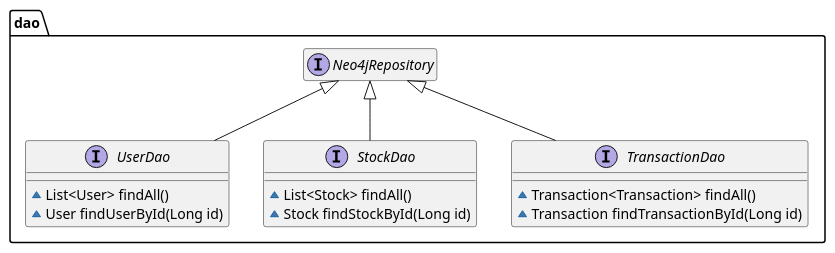
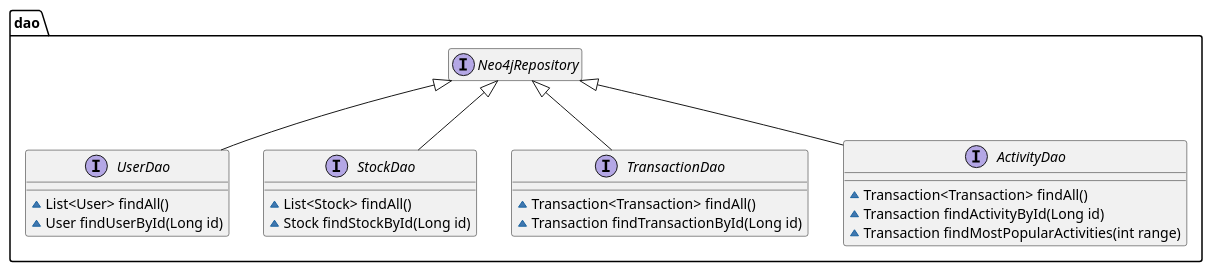
Before and after one commit to DPigeon/Money-Tree: the diagram in backend/diagram/class/DaoPackage.puml, drawn with PlantUML. The commit also changed 2 other files, not shown here.

Commit message:
Isue #63: addition of activity service, dao and controller

```diff
--- a/backend/diagram/class/DaoPackage.puml
+++ b/backend/diagram/class/DaoPackage.puml
@@ -1,23 +1,29 @@
 @startuml
 
 package dao {
     interface UserDao extends Neo4jRepository {
         ~List<User> findAll()
         ~User findUserById(Long id)
     }
-    hide Neo4jRepository methods
-    hide Neo4jRepository fields
 
     interface StockDao extends Neo4jRepository {
         ~List<Stock> findAll()
         ~Stock findStockById(Long id)
     }
 
     interface TransactionDao extends Neo4jRepository {
         ~Transaction<Transaction> findAll()
         ~Transaction findTransactionById(Long id)
     }
 
+    interface ActivityDao extends Neo4jRepository {
+        ~Transaction<Transaction> findAll()
+        ~Transaction findActivityById(Long id)
+        ~Transaction findMostPopularActivities(int range)
+    }
+
+    hide Neo4jRepository methods
+    hide Neo4jRepository fields
 }
 
 @enduml
```
